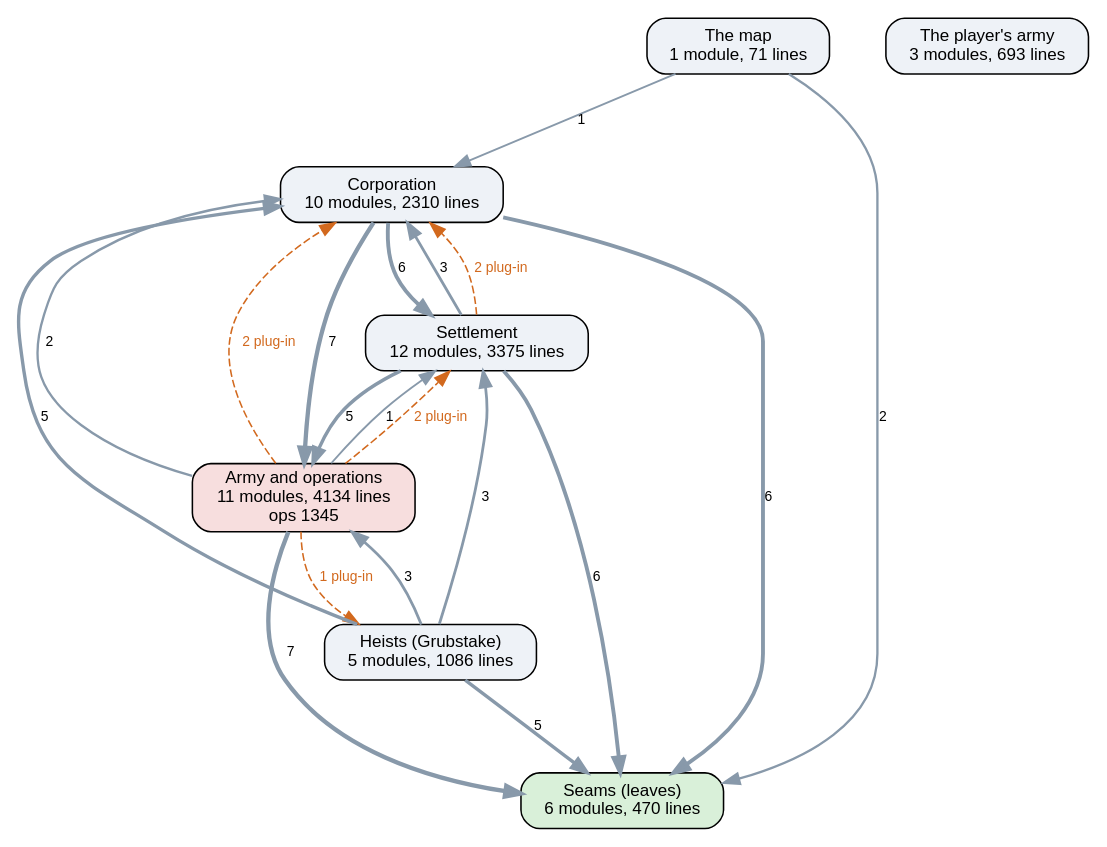
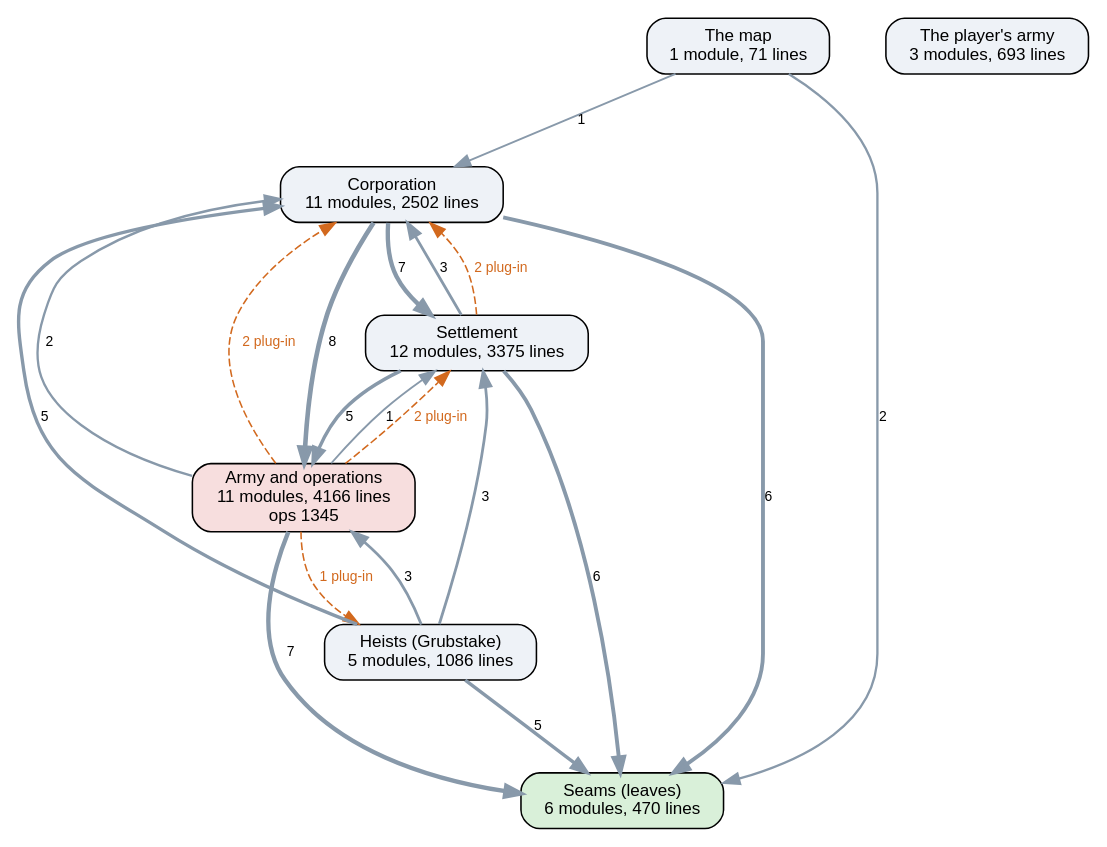
The diagram in docs/ai-layers.dot (kinelhu/landing-party), drawn with Graphviz before and after one commit. The commit also changed 17 other files, not shown here.

```diff
--- a/docs/ai-layers.dot
+++ b/docs/ai-layers.dot
@@ -1,31 +1,31 @@
 digraph layers {
   graph [rankdir=TB, fontname="Helvetica", nodesep=0.5, ranksep=0.7];
   node [shape=box, style="rounded,filled", fontname="Helvetica", fontsize=11, fillcolor="#eef2f7"];
   edge [color="#8899aa", fontname="Helvetica", fontsize=9];
   "Seams (leaves)" [label="Seams (leaves)\n6 modules, 470 lines", fillcolor="#d9f0d9"];
-  "Corporation" [label="Corporation\n10 modules, 2310 lines", fillcolor="#eef2f7"];
+  "Corporation" [label="Corporation\n11 modules, 2502 lines", fillcolor="#eef2f7"];
   "Settlement" [label="Settlement\n12 modules, 3375 lines", fillcolor="#eef2f7"];
-  "Army and operations" [label="Army and operations\n11 modules, 4134 lines\nops 1345", fillcolor="#f7dede"];
+  "Army and operations" [label="Army and operations\n11 modules, 4166 lines\nops 1345", fillcolor="#f7dede"];
   "Heists (Grubstake)" [label="Heists (Grubstake)\n5 modules, 1086 lines", fillcolor="#eef2f7"];
   "The map" [label="The map\n1 module, 71 lines", fillcolor="#eef2f7"];
   "The player's army" [label="The player's army\n3 modules, 693 lines", fillcolor="#eef2f7"];
   "Army and operations" -> "Corporation" [label="2", penwidth=1.5];
   "Army and operations" -> "Seams (leaves)" [label="7", penwidth=2.8];
   "Army and operations" -> "Settlement" [label="1", penwidth=1.2];
-  "Corporation" -> "Army and operations" [label="7", penwidth=2.8];
+  "Corporation" -> "Army and operations" [label="8", penwidth=3.0];
   "Corporation" -> "Seams (leaves)" [label="6", penwidth=2.5];
-  "Corporation" -> "Settlement" [label="6", penwidth=2.5];
+  "Corporation" -> "Settlement" [label="7", penwidth=2.8];
   "Heists (Grubstake)" -> "Army and operations" [label="3", penwidth=1.8];
   "Heists (Grubstake)" -> "Corporation" [label="5", penwidth=2.2];
   "Heists (Grubstake)" -> "Seams (leaves)" [label="5", penwidth=2.2];
   "Heists (Grubstake)" -> "Settlement" [label="3", penwidth=1.8];
   "Settlement" -> "Army and operations" [label="5", penwidth=2.2];
   "Settlement" -> "Corporation" [label="3", penwidth=1.8];
   "Settlement" -> "Seams (leaves)" [label="6", penwidth=2.5];
   "The map" -> "Corporation" [label="1", penwidth=1.2];
   "The map" -> "Seams (leaves)" [label="2", penwidth=1.5];
   "Army and operations" -> "Corporation" [style=dashed, color="#d2691e", fontcolor="#d2691e", label="2 plug-in"];
   "Army and operations" -> "Heists (Grubstake)" [style=dashed, color="#d2691e", fontcolor="#d2691e", label="1 plug-in"];
   "Army and operations" -> "Settlement" [style=dashed, color="#d2691e", fontcolor="#d2691e", label="2 plug-in"];
   "Settlement" -> "Corporation" [style=dashed, color="#d2691e", fontcolor="#d2691e", label="2 plug-in"];
 }
```
